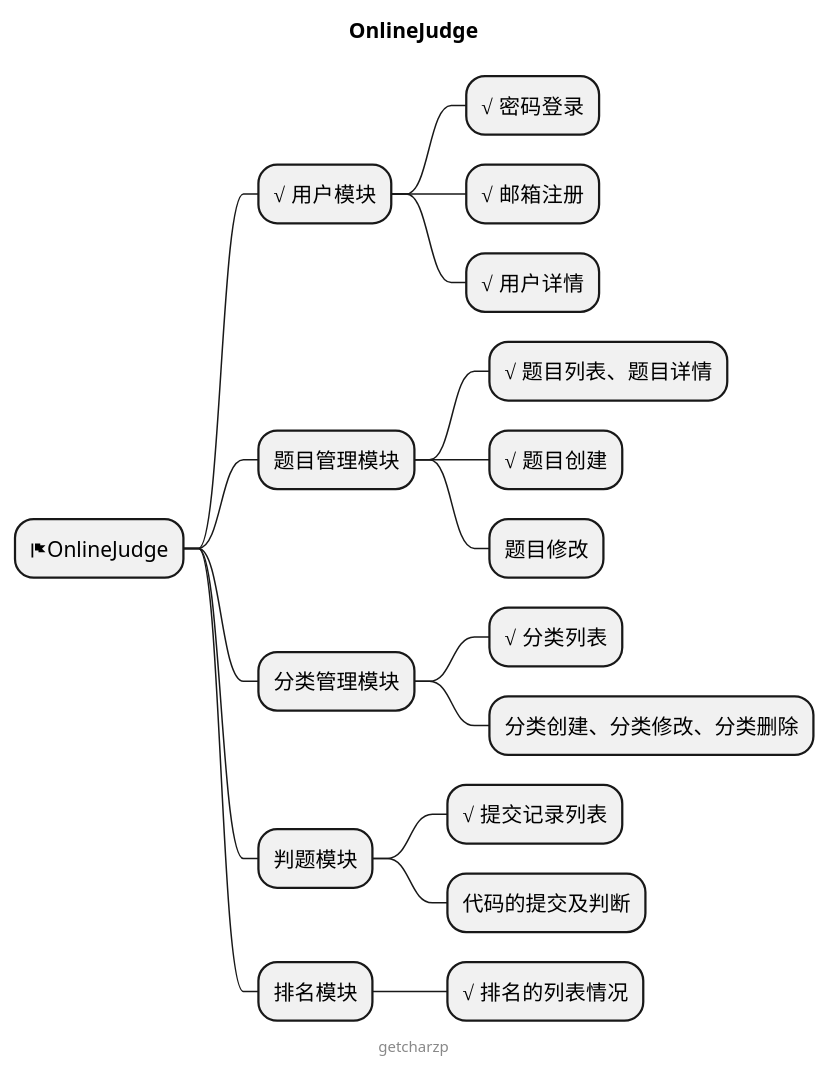
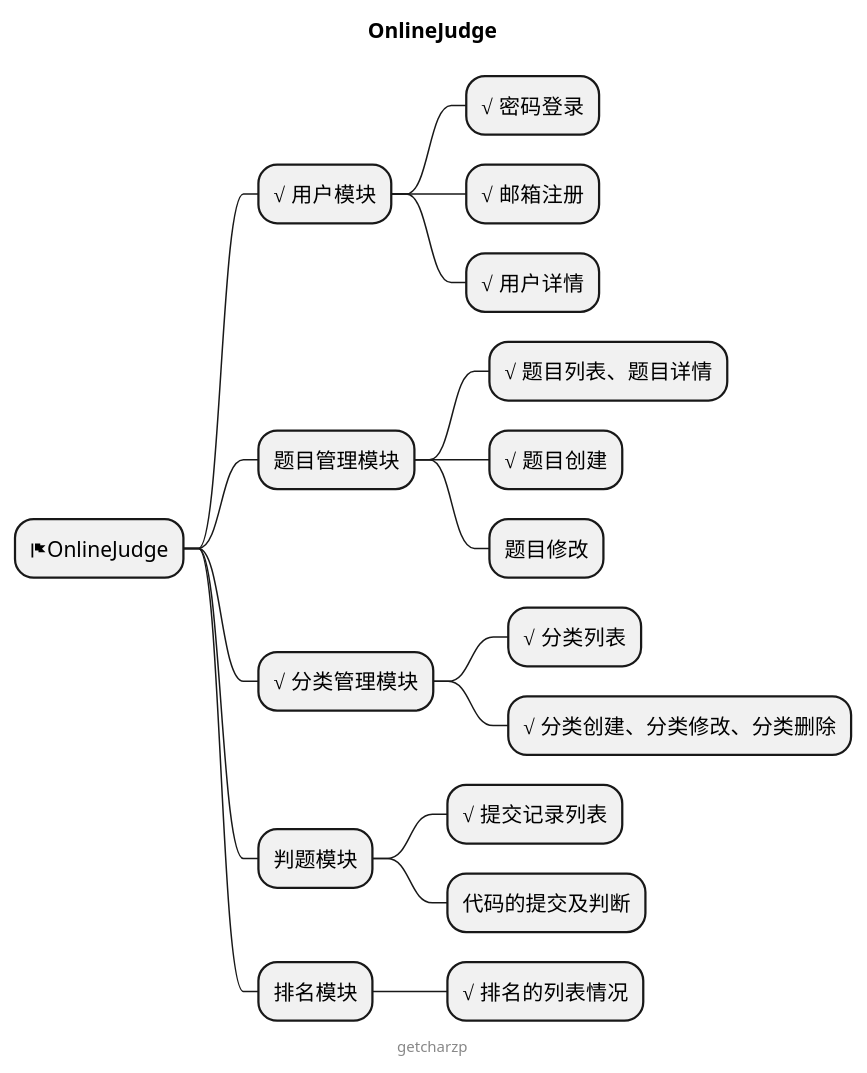
One commit to GetcharZp/gin-gorm-oj changed the diagram in MIND.puml. Above: the diagram before and after it, drawn with PlantUML. The commit also changed 6 other files, not shown here.

```diff
--- a/MIND.puml
+++ b/MIND.puml
@@ -1,25 +1,25 @@
 @startmindmap
 
 title OnlineJudge
 
 * <&flag>OnlineJudge
 ** √ 用户模块
 *** √ 密码登录
 *** √ 邮箱注册
 *** √ 用户详情
 ** 题目管理模块
 *** √ 题目列表、题目详情
 *** √ 题目创建
 *** 题目修改
-** 分类管理模块
+** √ 分类管理模块
 *** √ 分类列表
-*** 分类创建、分类修改、分类删除
+*** √ 分类创建、分类修改、分类删除
 ** 判题模块
 *** √ 提交记录列表
 *** 代码的提交及判断
 ** 排名模块
 *** √ 排名的列表情况
 
 center footer getcharzp
 
 @endmindmap
```
